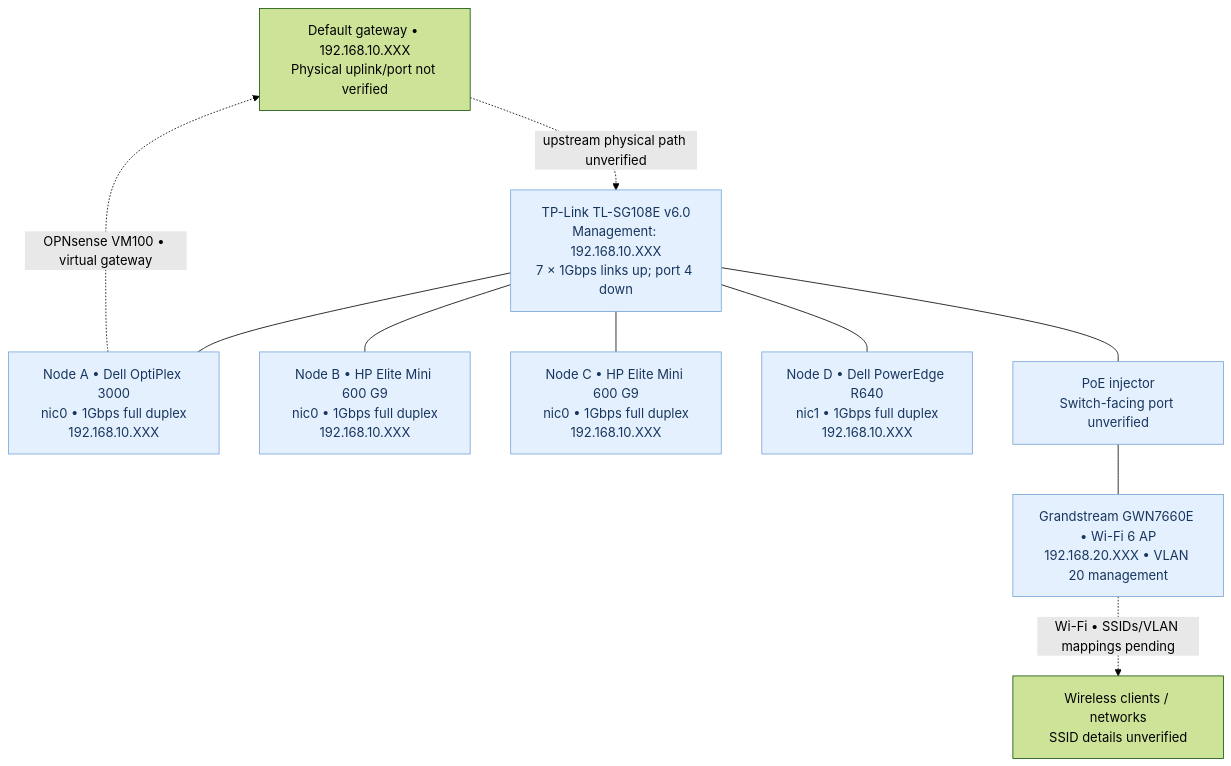
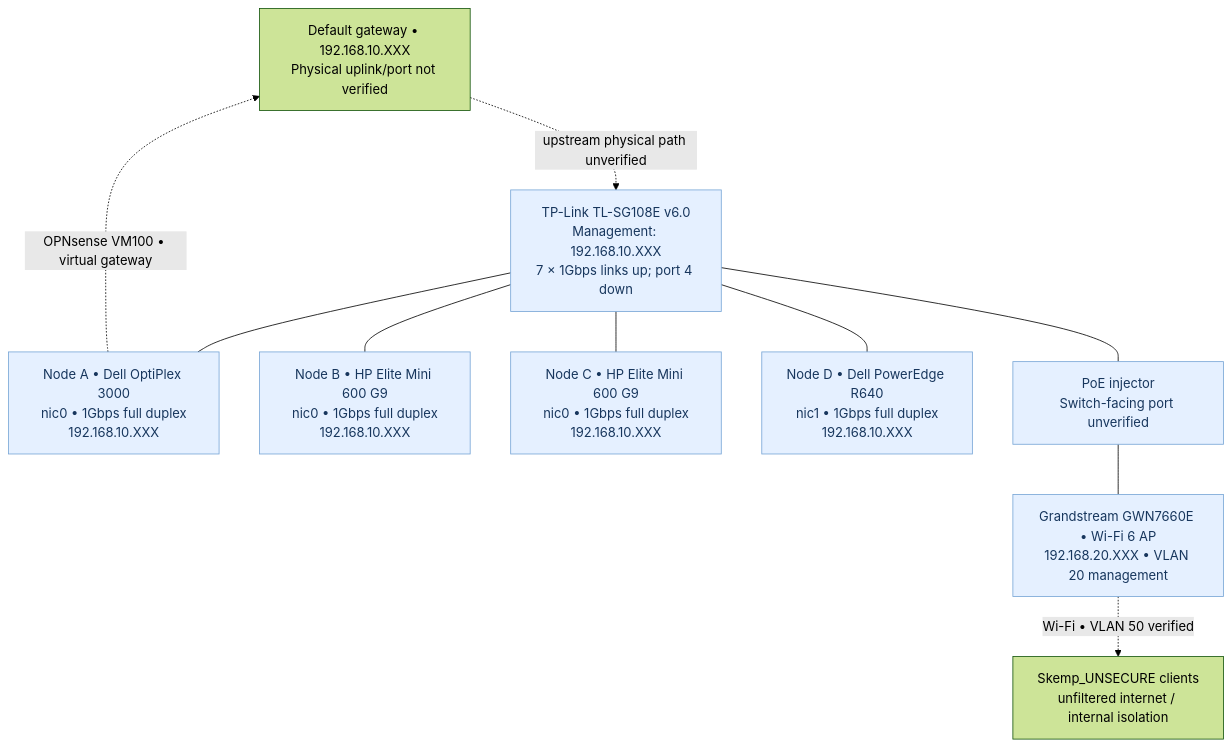
One commit to samuelkemp1619/HOMELAB-PORTFOLIO changed the second of 3 diagrams in network/diagrams/README.md. Above: the diagram before and after it, drawn with Mermaid (forest theme). The commit also changed other lines of this file, not shown here.

Commit message:
Update portfolio for completed unrestricted Wi-Fi VLAN 50 deployment

````diff
--- a/network/diagrams/README.md
+++ b/network/diagrams/README.md
@@ -56,16 +58,16 @@
 ```mermaid
 flowchart TB
     GW["Default gateway • 192.168.10.XXX<br/>Physical uplink/port not verified"]
     SW["TP-Link TL-SG108E v6.0<br/>Management: 192.168.10.XXX<br/>7 × 1Gbps links up; port 4 down"]
     GW -. "upstream physical path unverified" .-> SW
     SW --- H1["Node A • Dell OptiPlex 3000<br/>nic0 • 1Gbps full duplex<br/>192.168.10.XXX"]
     SW --- H2["Node B • HP Elite Mini 600 G9<br/>nic0 • 1Gbps full duplex<br/>192.168.10.XXX"]
     SW --- H3["Node C • HP Elite Mini 600 G9<br/>nic0 • 1Gbps full duplex<br/>192.168.10.XXX"]
     SW --- H4["Node D • Dell PowerEdge R640<br/>nic1 • 1Gbps full duplex<br/>192.168.10.XXX"]
     SW --- POE["PoE injector<br/>Switch-facing port unverified"]
     POE --- AP["Grandstream GWN7660E • Wi-Fi 6 AP<br/>192.168.20.XXX • VLAN 20 management"]
-    AP -. "Wi-Fi • SSIDs/VLAN mappings pending" .-> WIFI["Wireless clients / networks<br/>SSID details unverified"]
+    AP -. "Wi-Fi • VLAN 50 verified" .-> WIFI["Skemp_UNSECURE clients<br/>unfiltered internet / internal isolation"]
     H1 -. "OPNsense VM100 • virtual gateway" .-> GW
     classDef device fill:#e5f0ff,color:#17365d,stroke:#77a5d6
     class SW,H1,H2,H3,H4,POE,AP device
 ```
````
